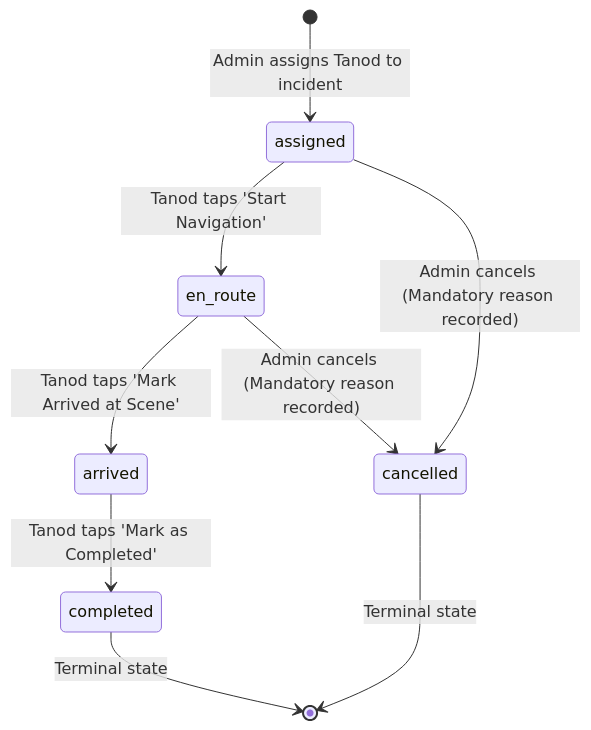
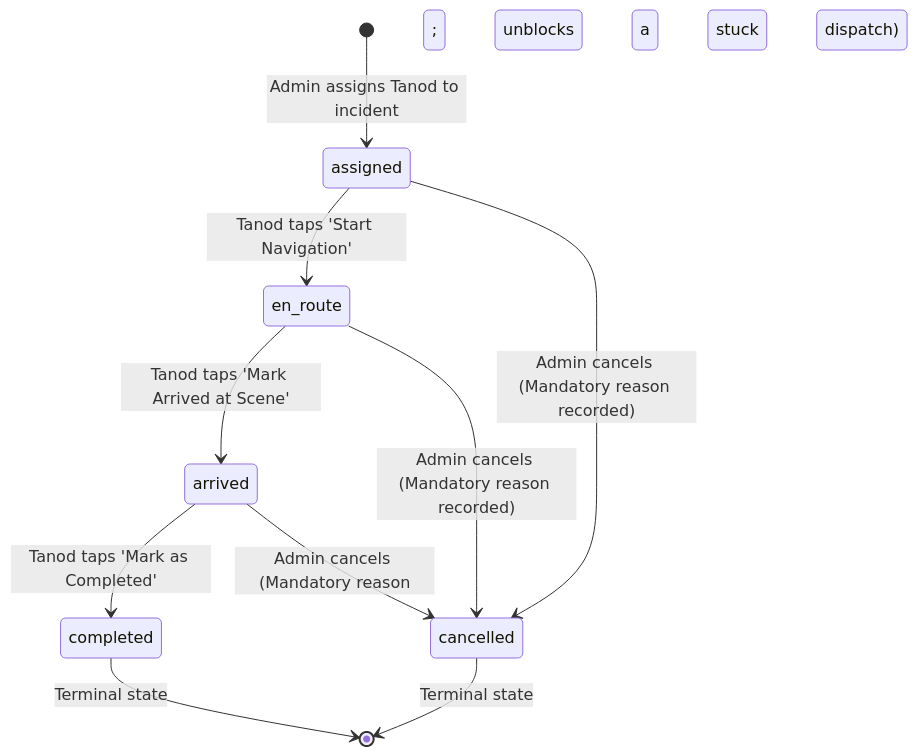
One commit to jpbuenosaires/Baranguard changed the seventh of 12 diagrams in docs/WORKFLOWS_AND_RULES.md. Above: the diagram before and after it, drawn with Mermaid. The commit also changed other lines of this file, not shown here.

````diff
--- a/docs/WORKFLOWS_AND_RULES.md
+++ b/docs/WORKFLOWS_AND_RULES.md
@@ -269,13 +272,14 @@
 ```mermaid
 stateDiagram-v2
     [*] --> assigned : Admin assigns Tanod to incident
     assigned --> en_route : Tanod taps 'Start Navigation'
     en_route --> arrived : Tanod taps 'Mark Arrived at Scene'
     arrived --> completed : Tanod taps 'Mark as Completed'
     
     assigned --> cancelled : Admin cancels (Mandatory reason recorded)
     en_route --> cancelled : Admin cancels (Mandatory reason recorded)
+    arrived --> cancelled : Admin cancels (Mandatory reason; unblocks a stuck dispatch)
     
     completed --> [*] : Terminal state
     cancelled --> [*] : Terminal state
 ```
````
